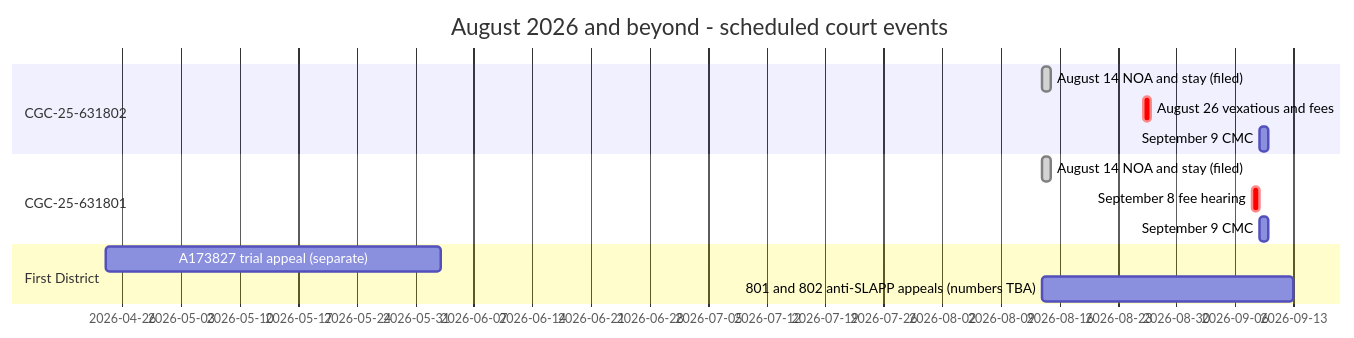
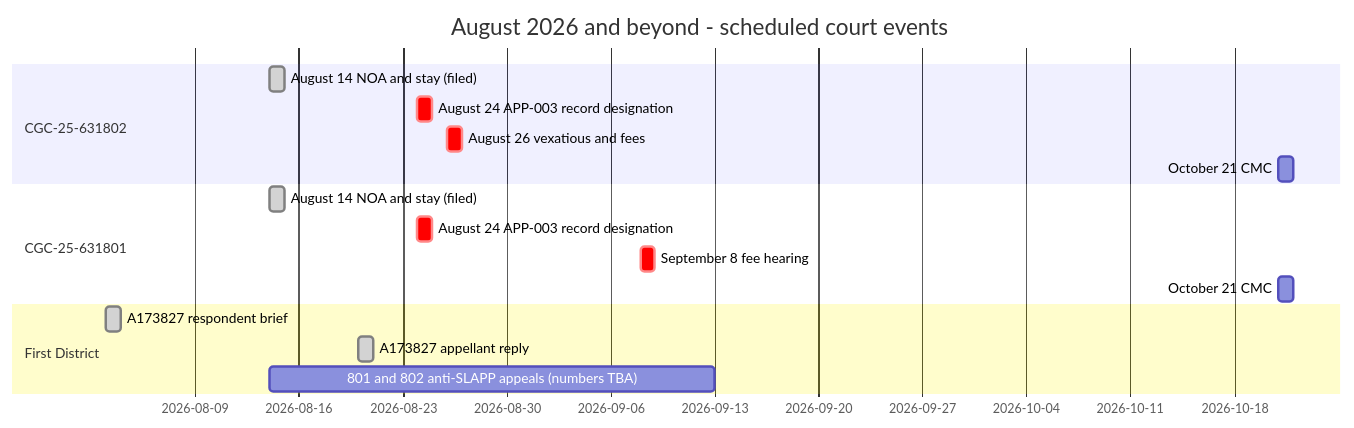
Before and after one commit to Municipal-Public-Trust-in-A-i/CSAA-ABDELHALIM-WONG-PSA-CSK: the first of 3 diagrams in README.md, drawn with Mermaid. The commit also changed other lines of this file and 2 other files, not shown here.

````diff
--- a/README.md
+++ b/README.md
@@ -372,16 +425,19 @@
 ```mermaid
 gantt
     title August 2026 and beyond - scheduled court events
     dateFormat YYYY-MM-DD
     section CGC-25-631802
     August 14 NOA and stay (filed) :done, n802, 2026-08-14, 1d
+    August 24 APP-003 record designation :crit, r802, 2026-08-24, 1d
     August 26 vexatious and fees :crit, m802a, 2026-08-26, 1d
-    September 9 CMC :m802c, 2026-09-09, 1d
+    October 21 CMC :m802c, 2026-10-21, 1d
     section CGC-25-631801
     August 14 NOA and stay (filed) :done, n801, 2026-08-14, 1d
+    August 24 APP-003 record designation :crit, r801, 2026-08-24, 1d
     September 8 fee hearing :crit, m801f, 2026-09-08, 1d
-    September 9 CMC :m801c, 2026-09-09, 1d
+    October 21 CMC :m801c, 2026-10-21, 1d
     section First District
-    A173827 trial appeal (separate) :a173, 2026-04-24, 40d
+    A173827 respondent brief :done, a173r, 2026-08-03, 1d
+    A173827 appellant reply :done, a173y, 2026-08-20, 1d
     801 and 802 anti-SLAPP appeals (numbers TBA) :a801802, 2026-08-14, 30d
 ```
````
